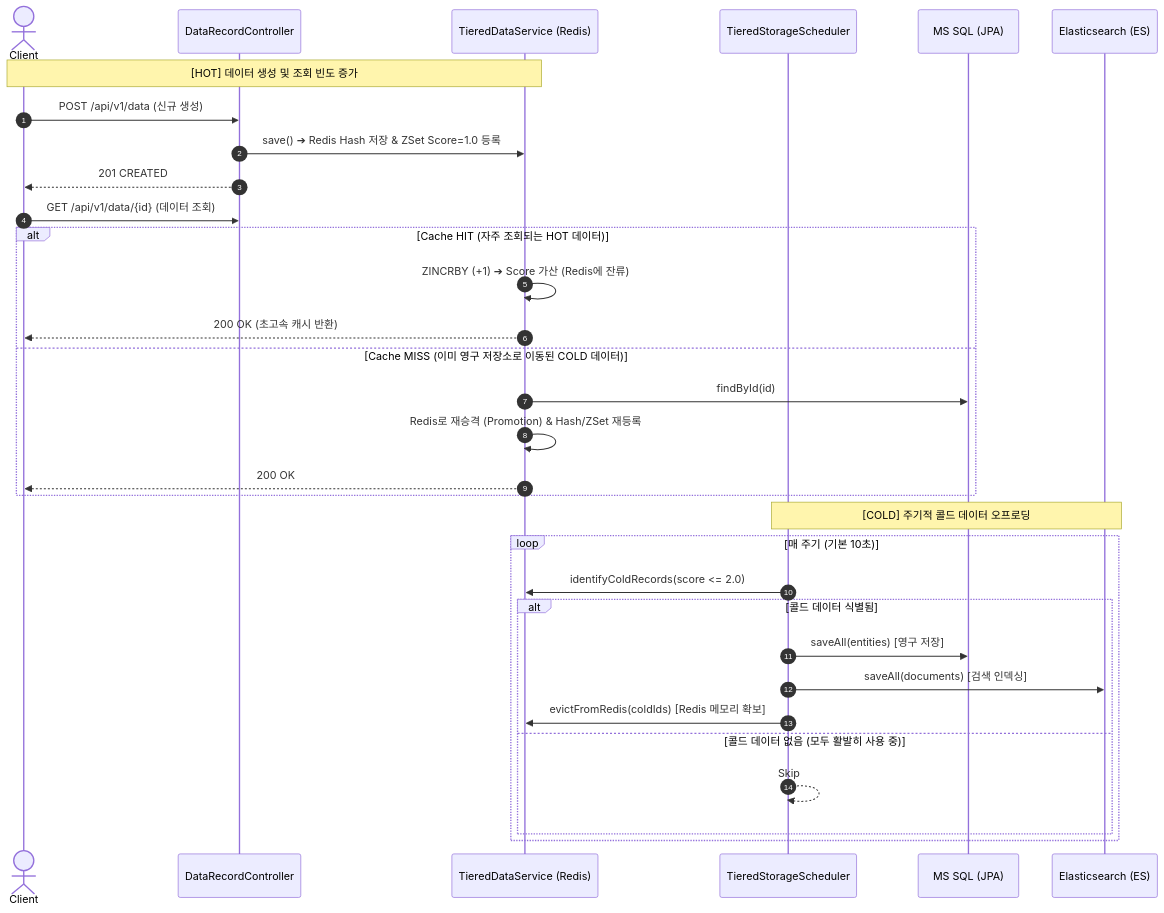
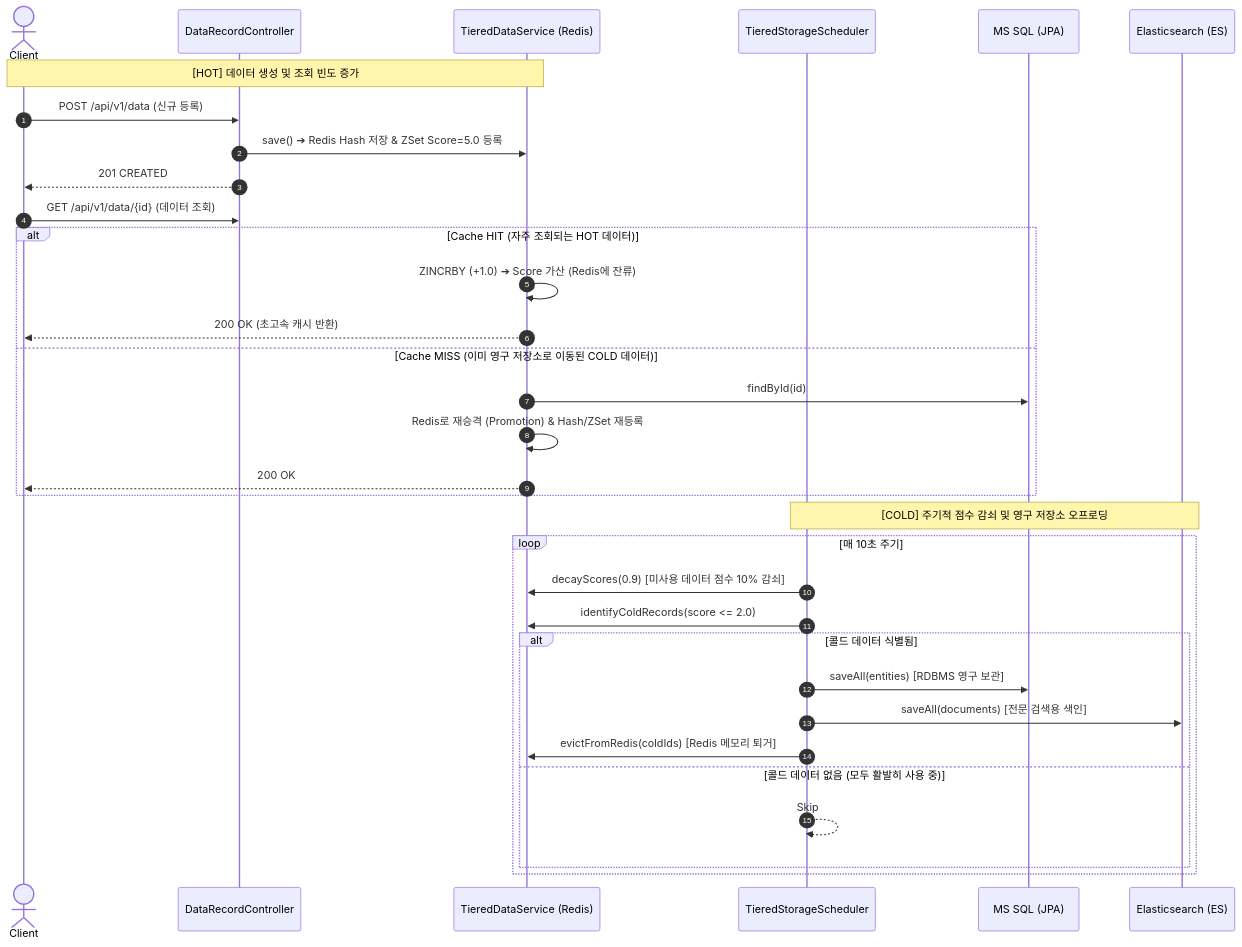
Before and after one commit to LHS11110/project-agora-BE: the first of 2 diagrams in data.md, drawn with Mermaid. The commit also changed other lines of this file and 6 other files, not shown here.

Commit message:
feat: implement score decay mechanism and update default initial access count to 5.0

````diff
--- a/data.md
+++ b/data.md
@@ -25,37 +65,38 @@
 ```mermaid
 sequenceDiagram
     autonumber
     actor Client
     participant Controller as DataRecordController
     participant Service as TieredDataService (Redis)
     participant Scheduler as TieredStorageScheduler
     participant MSSQL as MS SQL (JPA)
     participant ES as Elasticsearch (ES)
 
     Note over Client,Service: [HOT] 데이터 생성 및 조회 빈도 증가
-    Client->>Controller: POST /api/v1/data (신규 생성)
-    Controller->>Service: save() ➔ Redis Hash 저장 & ZSet Score=1.0 등록
+    Client->>Controller: POST /api/v1/data (신규 등록)
+    Controller->>Service: save() ➔ Redis Hash 저장 & ZSet Score=5.0 등록
     Controller-->>Client: 201 CREATED
 
     Client->>Controller: GET /api/v1/data/{id} (데이터 조회)
     alt Cache HIT (자주 조회되는 HOT 데이터)
-        Service->>Service: ZINCRBY (+1) ➔ Score 가산 (Redis에 잔류)
+        Service->>Service: ZINCRBY (+1.0) ➔ Score 가산 (Redis에 잔류)
         Service-->>Client: 200 OK (초고속 캐시 반환)
     else Cache MISS (이미 영구 저장소로 이동된 COLD 데이터)
         Service->>MSSQL: findById(id)
         Service->>Service: Redis로 재승격 (Promotion) & Hash/ZSet 재등록
         Service-->>Client: 200 OK
     end
 
-    Note over Scheduler,ES: [COLD] 주기적 콜드 데이터 오프로딩
-    loop 매 주기 (기본 10초)
+    Note over Scheduler,ES: [COLD] 주기적 점수 감쇠 및 영구 저장소 오프로딩
+    loop 매 10초 주기
+        Scheduler->>Service: decayScores(0.9) [미사용 데이터 점수 10% 감쇠]
         Scheduler->>Service: identifyColdRecords(score <= 2.0)
         alt 콜드 데이터 식별됨
-            Scheduler->>MSSQL: saveAll(entities) [영구 저장]
-            Scheduler->>ES: saveAll(documents) [검색 인덱싱]
-            Scheduler->>Service: evictFromRedis(coldIds) [Redis 메모리 확보]
+            Scheduler->>MSSQL: saveAll(entities) [RDBMS 영구 보관]
+            Scheduler->>ES: saveAll(documents) [전문 검색용 색인]
+            Scheduler->>Service: evictFromRedis(coldIds) [Redis 메모리 퇴거]
         else 콜드 데이터 없음 (모두 활발히 사용 중)
             Scheduler-->>Scheduler: Skip
         end
     end
 ```
````
